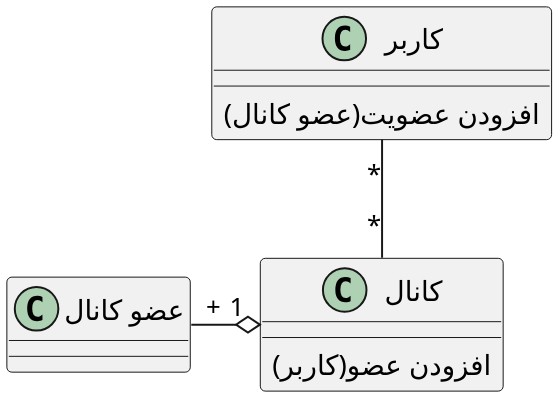
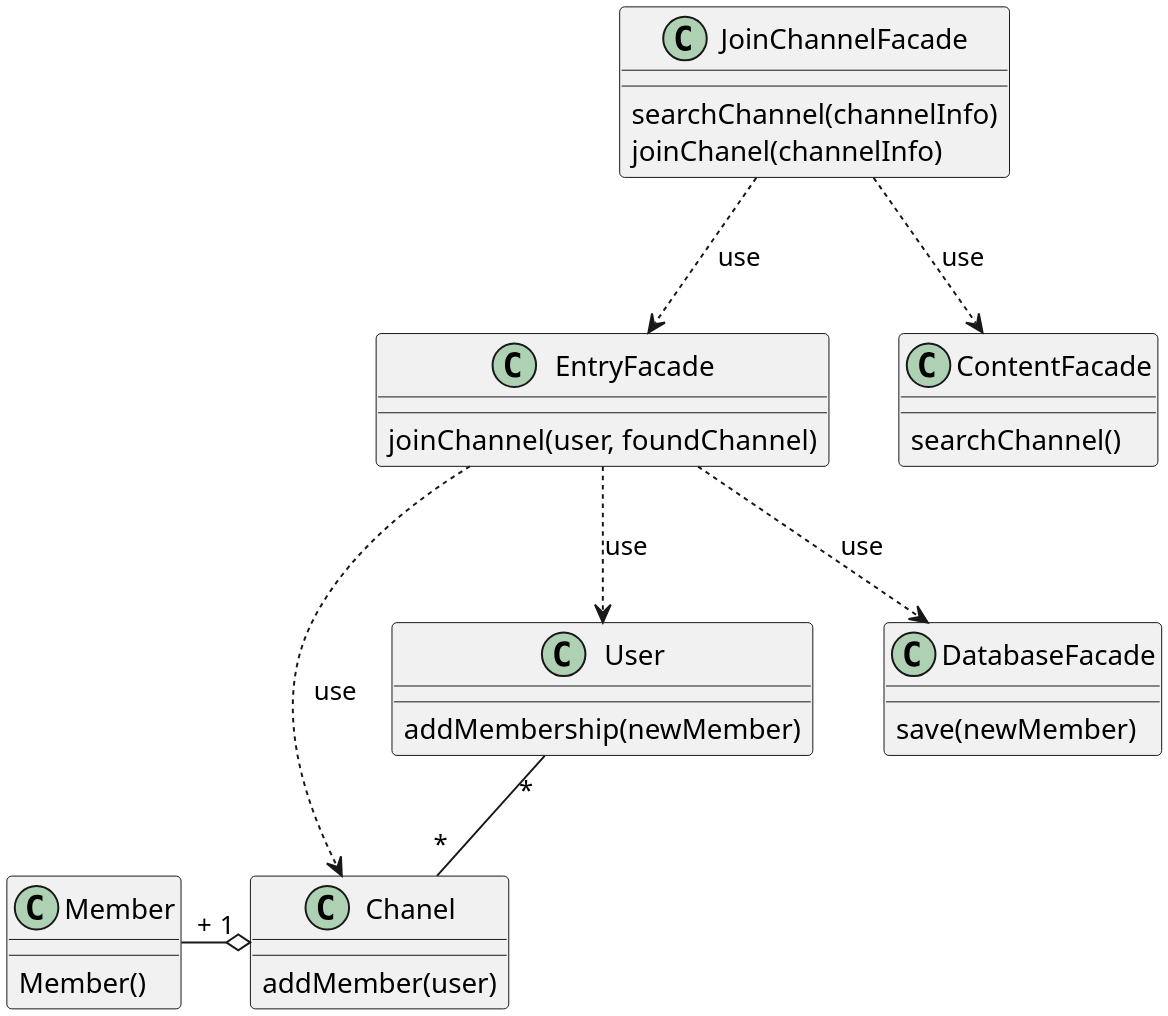
Before and after one commit to soleyman79/Qasedak: the diagram in Diagrams/Design Class/JoinChanel.puml, drawn with PlantUML.

Commit message:
update Design class: JoinChanel

```diff
--- a/Diagrams/Design Class/JoinChanel.puml
+++ b/Diagrams/Design Class/JoinChanel.puml
@@ -1,23 +1,47 @@
 @startuml join_chanel
 
 
 scale 3
 skinparam DefaultFontName B Nazanin
 
 
-class "کاربر" as user {
-    افزودن عضویت(عضو کانال)
+class "User" as user {
+    addMembership(newMember)
 }
 
-class "کانال" as chanel {
-    افزودن عضو(کاربر)
+class "Chanel" as chanel {
+    addMember(user)
 }
 
-class "عضو کانال" as member {
+class "Member" as member {
+    Member()
 }
 
+class EntryFacade {
+    joinChannel(user, foundChannel)
+}
+
+class JoinChannelFacade {
+    searchChannel(channelInfo)
+    joinChanel(channelInfo)
+}
+
+class ContentFacade {
+    searchChannel()
+}
+
+class DatabaseFacade {
+    save(newMember)
+}
+
+chanel "1" o-left- "+" member
 user "*" -- "*" chanel
-chanel "1" o-left- "+" member
+JoinChannelFacade ..> ContentFacade :use
+JoinChannelFacade ..> EntryFacade :use
+EntryFacade ..> chanel :use
+EntryFacade ..> DatabaseFacade :use
+EntryFacade ..> user :use
+
 
 
 @enduml
```
